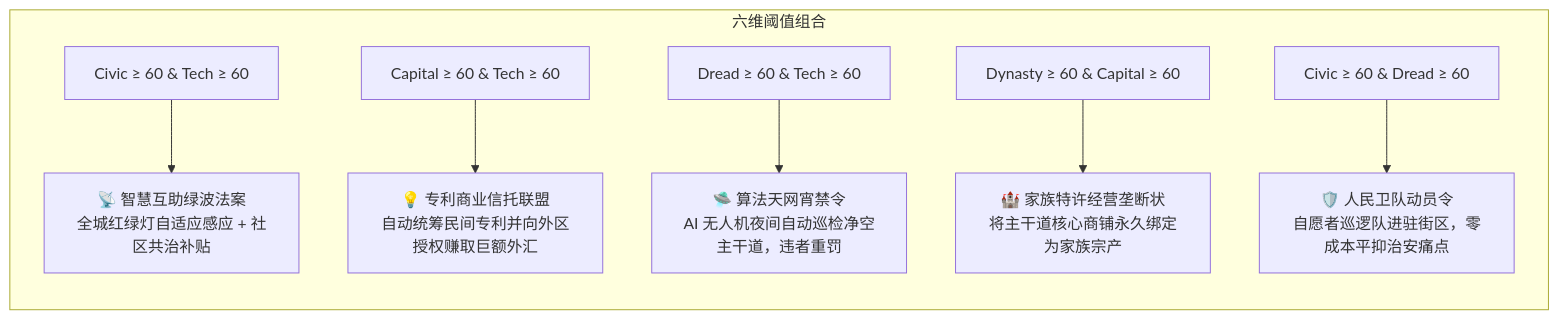
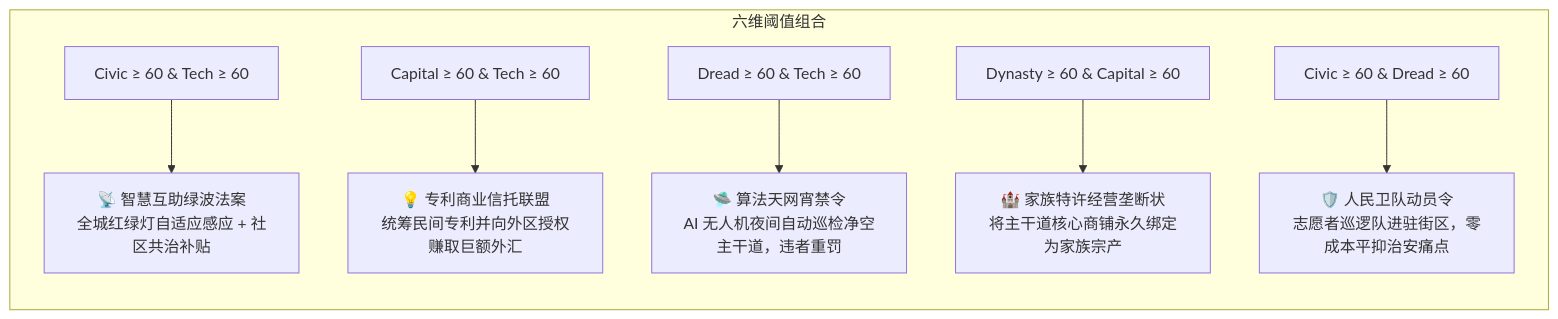
Before and after one commit to g39088902/FlowAndAccord: the fifth of 9 diagrams in PLAN.md, drawn with Mermaid. The commit also changed other lines of this file and 16 other files, not shown here.

````diff
--- a/PLAN.md
+++ b/PLAN.md
@@ -176,10 +216,10 @@
 ```mermaid
 flowchart LR
     subgraph Thresholds [六维阈值组合]
         T1["Civic ≥ 60 & Tech ≥ 60"] --> E1["📡 智慧互助绿波法案<br>全城红绿灯自适应感应 + 社区共治补贴"]
-        T2["Capital ≥ 60 & Tech ≥ 60"] --> E2["💡 专利商业信托联盟<br>自动统筹民间专利并向外区授权赚取巨额外汇"]
+        T2["Capital ≥ 60 & Tech ≥ 60"] --> E2["💡 专利商业信托联盟<br>统筹民间专利并向外区授权赚取巨额外汇"]
         T3["Dread ≥ 60 & Tech ≥ 60"] --> E3["🛸 算法天网宵禁令<br>AI 无人机夜间自动巡检净空主干道，违者重罚"]
         T4["Dynasty ≥ 60 & Capital ≥ 60"] --> E4["🏰 家族特许经营垄断状<br>将主干道核心商铺永久绑定为家族宗产"]
-        T5["Civic ≥ 60 & Dread ≥ 60"] --> E5["🛡️ 人民卫队动员令<br>自愿者巡逻队进驻街区，零成本平抑治安痛点"]
+        T5["Civic ≥ 60 & Dread ≥ 60"] --> E5["🛡️ 人民卫队动员令<br>志愿者巡逻队进驻街区，零成本平抑治安痛点"]
     end
 ```
````
